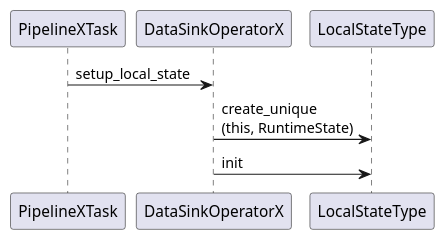
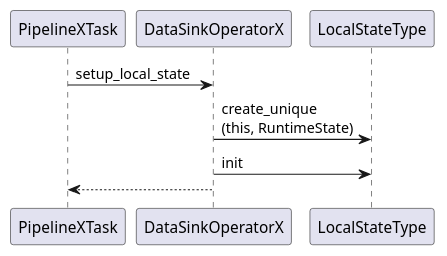
Before and after one commit to DepInjoy/geektime: the fourth of 4 diagrams in doc/DB/Doris/SourceRead/11_03_Exec_PipelineX.md, drawn with PlantUML. The commit also changed other lines of this file and 2 other files, not shown here.

Commit message:
Doris PipelineX

````diff
--- a/doc/DB/Doris/SourceRead/11_03_Exec_PipelineX.md
+++ b/doc/DB/Doris/SourceRead/11_03_Exec_PipelineX.md
@@ -208,7 +199,8 @@
 ```plantuml
 @startuml
 PipelineXTask -> DataSinkOperatorX:setup_local_state
 DataSinkOperatorX -> LocalStateType:create_unique\n(this, RuntimeState)
 DataSinkOperatorX -> LocalStateType:init
+DataSinkOperatorX --> PipelineXTask
 @enduml
 ```
````
